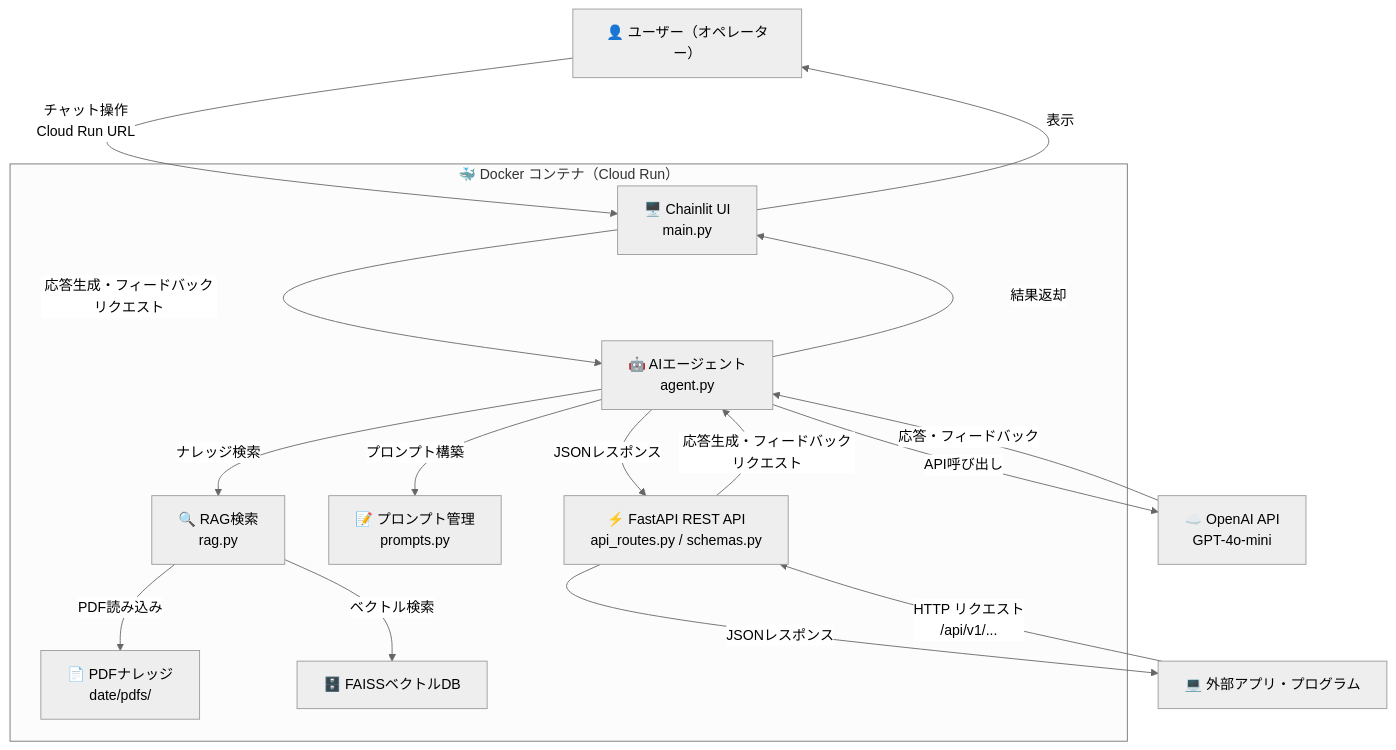
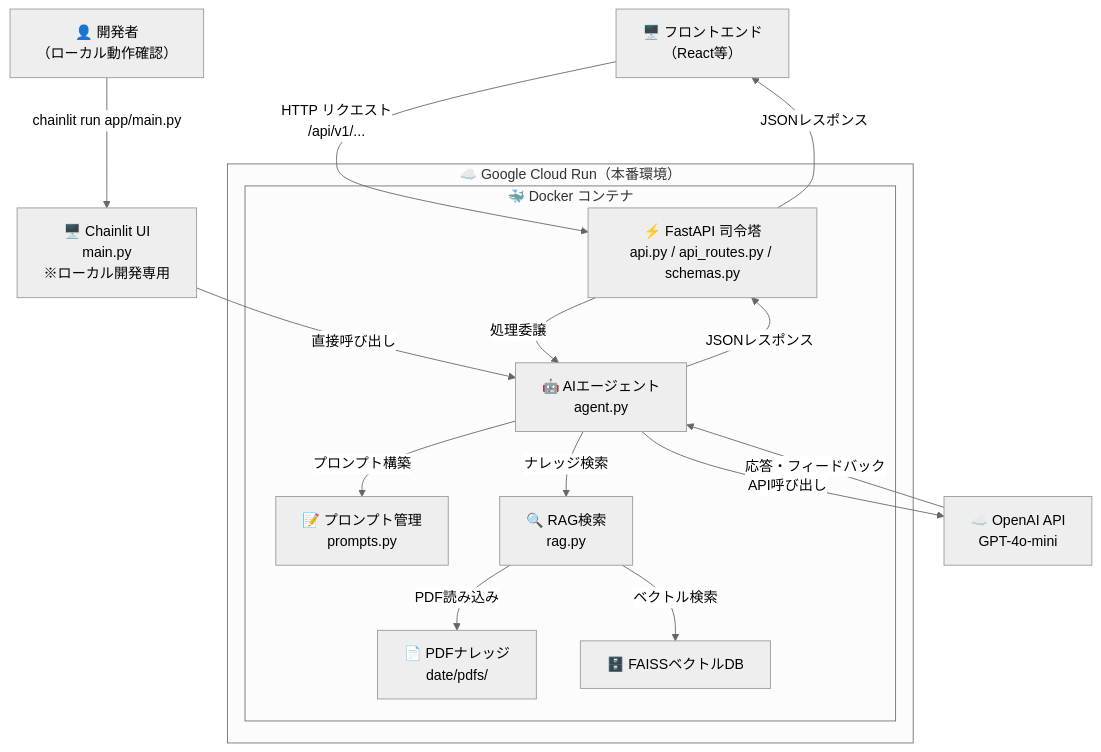
Before and after one commit to biguver-cloud/roleup: the diagram in README.md, drawn with Mermaid (neutral theme). The commit also changed other lines of this file, not shown here.

Commit message:
docs: READMEをFastAPI司令塔構成に合わせて更新
- アーキテクチャ図: FastAPIを本番の司令塔、ChainlitをCloud Run外のローカル開発専用に整理
- ディレクトリ構成: api.pyを先頭に移動しmain.pyをローカル開発専用と明記
- 技術スタック: FastAPI/Chainlitの用途説明を実態に合わせて修正
- セットアップ手順: FastAPI起動とChainlit起動を分けて記載
- 使い方: REST API（本番・推奨）とChainlit（ローカル確認専用）の順序を入れ替え

````diff
--- a/README.md
+++ b/README.md
@@ -77,31 +78,31 @@
 ```mermaid
 flowchart TD
-    User["👤 ユーザー（オペレーター）"]
-    ExtApp["💻 外部アプリ・プログラム"]
+    Frontend["🖥️ フロントエンド\n（React等）"]
+    DevUser["👤 開発者\n（ローカル動作確認）"]
     OpenAI["☁️ OpenAI API\nGPT-4o-mini"]
+    Chainlit["🖥️ Chainlit UI\nmain.py\n※ローカル開発専用"]
 
-    subgraph Docker["🐳 Docker コンテナ（Cloud Run）"]
-        UI["🖥️ Chainlit UI\nmain.py"]
-        API["⚡ FastAPI REST API\napi_routes.py / schemas.py"]
-        Agent["🤖 AIエージェント\nagent.py"]
-        Prompts["📝 プロンプト管理\nprompts.py"]
-        RAG["🔍 RAG検索\nrag.py"]
-        PDF["📄 PDFナレッジ\ndate/pdfs/"]
-        FAISS["🗄️ FAISSベクトルDB"]
+    subgraph CloudRun["☁️ Google Cloud Run（本番環境）"]
+        subgraph Docker["🐳 Docker コンテナ"]
+            API["⚡ FastAPI 司令塔\napi.py / api_routes.py / schemas.py"]
+            Agent["🤖 AIエージェント\nagent.py"]
+            Prompts["📝 プロンプト管理\nprompts.py"]
+            RAG["🔍 RAG検索\nrag.py"]
+            PDF["📄 PDFナレッジ\ndate/pdfs/"]
+            FAISS["🗄️ FAISSベクトルDB"]
+        end
     end
 
-    User -->|"チャット操作\nCloud Run URL"| UI
-    ExtApp -->|"HTTP リクエスト\n/api/v1/..."| API
-    UI -->|応答生成・フィードバックリクエスト| Agent
-    API -->|応答生成・フィードバックリクエスト| Agent
+    Frontend -->|"HTTP リクエスト\n/api/v1/..."| API
+    DevUser -->|"chainlit run app/main.py"| Chainlit
+    Chainlit -->|直接呼び出し| Agent
+    API -->|処理委譲| Agent
     Agent -->|プロンプト構築| Prompts
     Agent -->|ナレッジ検索| RAG
     RAG -->|PDF読み込み| PDF
     RAG -->|ベクトル検索| FAISS
     Agent -->|API呼び出し| OpenAI
     OpenAI -->|応答・フィードバック| Agent
-    Agent -->|結果返却| UI
     Agent -->|JSONレスポンス| API
-    UI -->|表示| User
-    API -->|JSONレスポンス| ExtApp
+    API -->|JSONレスポンス| Frontend
 ```
````
